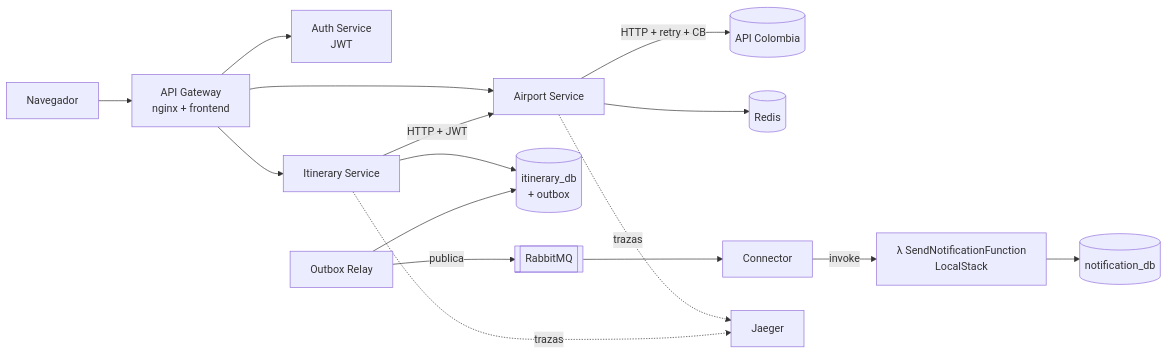
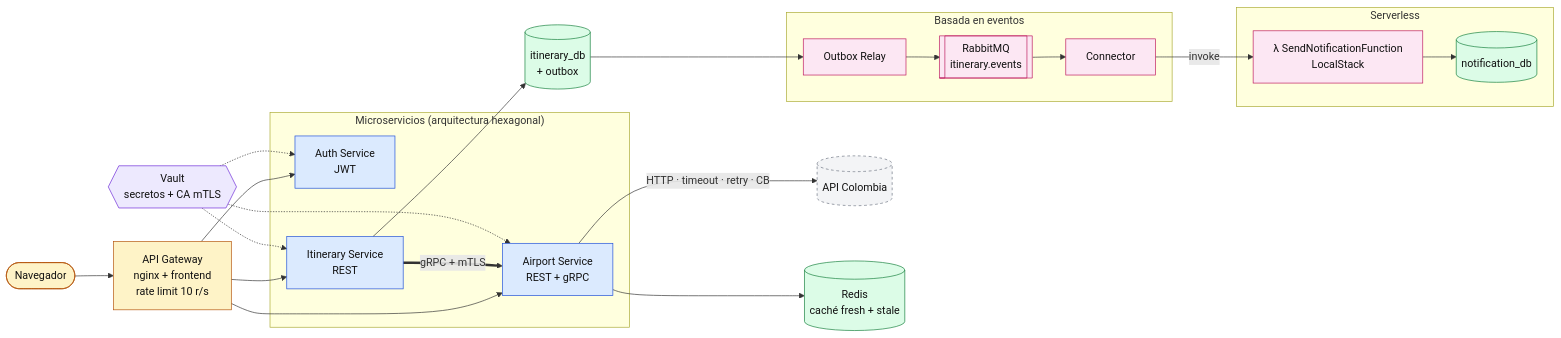
Before and after one commit to eperezg-spec/Proyecto-Arquitectura-sistema-de-itinerarios-de-viaje: the first of 7 diagrams in README.md, drawn with Mermaid. The commit also changed other lines of this file and 144 other files, not shown here.

````diff
--- a/README.md
+++ b/README.md
@@ -62,17 +65,35 @@
 ```mermaid
 flowchart LR
-    U[Navegador] --> GW[API Gateway<br/>nginx + frontend]
-    GW --> AUTH[Auth Service<br/>JWT]
-    GW --> AS[Airport Service]
-    GW --> IS[Itinerary Service]
-    AS -->|HTTP + retry + CB| EXT[(API Colombia)]
-    AS --> R[(Redis)]
-    IS -->|HTTP + JWT| AS
-    IS --> IDB[(itinerary_db<br/>+ outbox)]
-    RL[Outbox Relay] --> IDB
-    RL -->|publica| MQ[[RabbitMQ]]
-    MQ --> CON[Connector]
-    CON -->|invoke| L[λ SendNotificationFunction<br/>LocalStack]
-    L --> NDB[(notification_db)]
-    AS & IS -.trazas.-> J[Jaeger]
+    classDef edge fill:#fef3c7,stroke:#b45309,color:#111
+    classDef svc fill:#dbeafe,stroke:#1d4ed8,color:#111
+    classDef data fill:#dcfce7,stroke:#15803d,color:#111
+    classDef msg fill:#fce7f3,stroke:#be185d,color:#111
+    classDef sec fill:#ede9fe,stroke:#6d28d9,color:#111
+    classDef ext fill:#f3f4f6,stroke:#6b7280,color:#111,stroke-dasharray:4
+
+    U([Navegador]):::edge --> GW[API Gateway<br/>nginx + frontend<br/>rate limit 10 r/s]:::edge
+
+    subgraph MS["Microservicios (arquitectura hexagonal)"]
+        AUTH[Auth Service<br/>JWT]:::svc
+        AS[Airport Service<br/>REST + gRPC]:::svc
+        IS[Itinerary Service<br/>REST]:::svc
+    end
+    GW --> AUTH & AS & IS
+    IS == "gRPC + mTLS" ==> AS
+    AS -- "HTTP · timeout · retry · CB" --> EXT[(API Colombia)]:::ext
+    AS --> R[(Redis<br/>caché fresh + stale)]:::data
+    IS --> IDB[(itinerary_db<br/>+ outbox)]:::data
+
+    subgraph EV["Basada en eventos"]
+        RL[Outbox Relay]:::msg --> MQ[[RabbitMQ<br/>itinerary.events]]:::msg
+        MQ --> CON[Connector]:::msg
+    end
+    IDB --> RL
+
+    subgraph SL["Serverless"]
+        L[λ SendNotificationFunction<br/>LocalStack]:::msg --> NDB[(notification_db)]:::data
+    end
+    CON -->|invoke| L
+
+    V{{Vault<br/>secretos + CA mTLS}}:::sec -.-> AUTH & AS & IS
 ```
````
